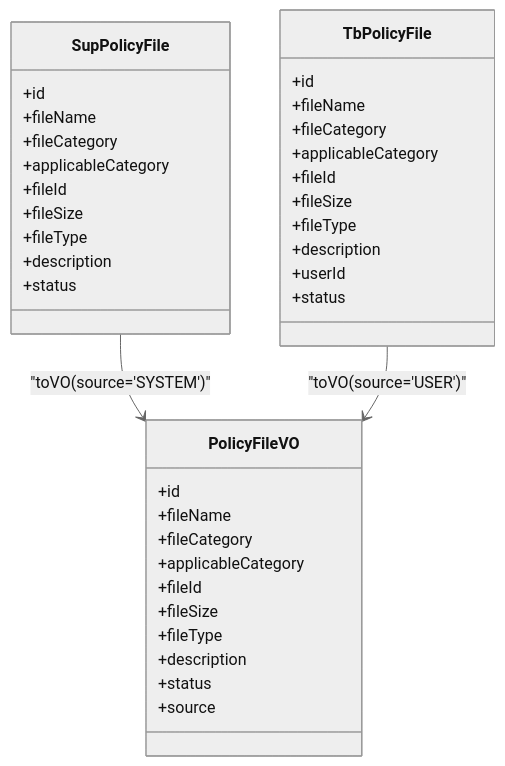
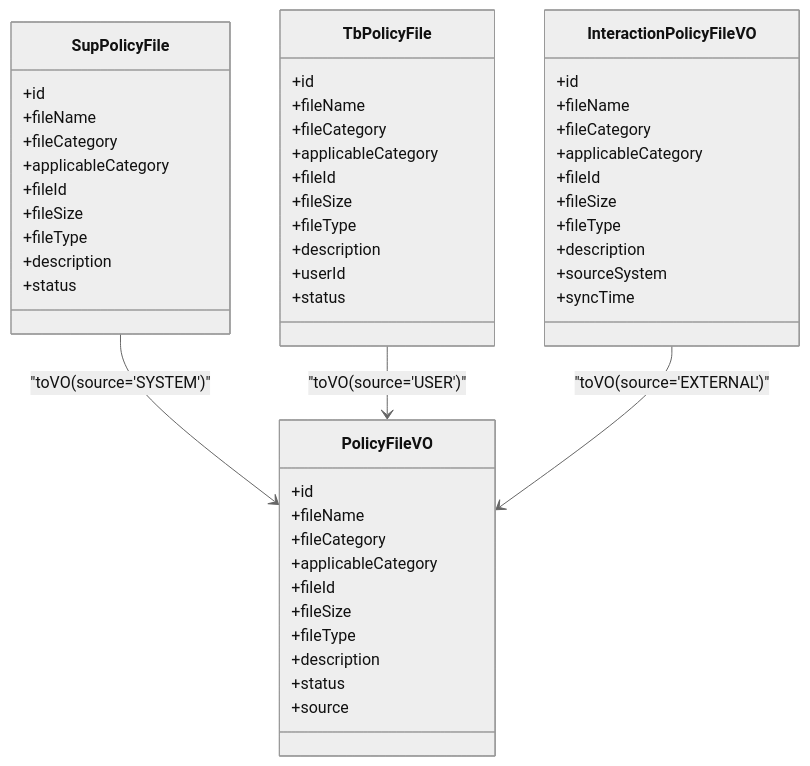
Before and after one commit to DrunkFood/First: the fourth of 5 diagrams in .qoder/repowiki/zh/content/数据库设计/系统配置数据模型/业务配置数据/政策文件管理数据模型.md, drawn with Mermaid (neutral theme). The commit also changed other lines of this file and 103 other files, not shown here.

````diff
--- a/.qoder/repowiki/zh/content/数据库设计/系统配置数据模型/业务配置数据/政策文件管理数据模型.md
+++ b/.qoder/repowiki/zh/content/数据库设计/系统配置数据模型/业务配置数据/政策文件管理数据模型.md
@@ -224,40 +257,53 @@
 ```mermaid
 classDiagram
 class SupPolicyFile {
 +id
 +fileName
 +fileCategory
 +applicableCategory
 +fileId
 +fileSize
 +fileType
 +description
 +status
 }
 class TbPolicyFile {
 +id
 +fileName
 +fileCategory
 +applicableCategory
 +fileId
 +fileSize
 +fileType
 +description
 +userId
 +status
 }
+class InteractionPolicyFileVO {
++id
++fileName
++fileCategory
++applicableCategory
++fileId
++fileSize
++fileType
++description
++sourceSystem
++syncTime
+}
 class PolicyFileVO {
 +id
 +fileName
 +fileCategory
 +applicableCategory
 +fileId
 +fileSize
 +fileType
 +description
 +status
 +source
 }
 SupPolicyFile --> PolicyFileVO : "toVO(source='SYSTEM')"
 TbPolicyFile --> PolicyFileVO : "toVO(source='USER')"
+InteractionPolicyFileVO --> PolicyFileVO : "toVO(source='EXTERNAL')"
 ```
````
